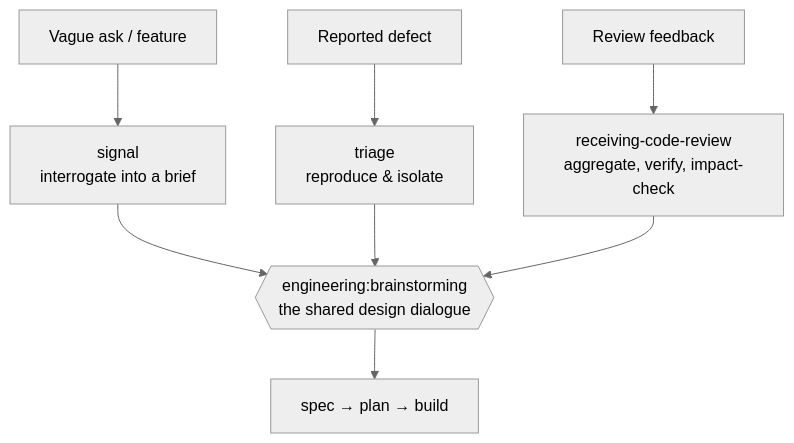
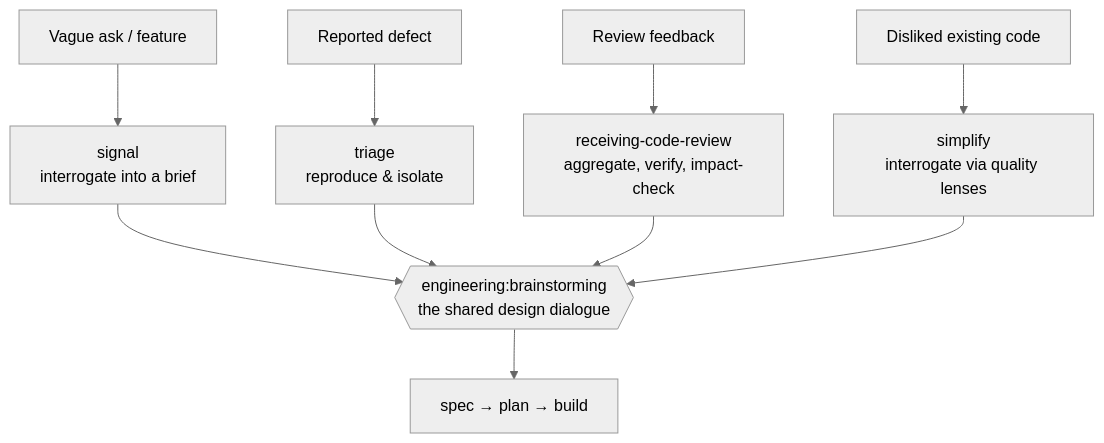
Before and after one commit to dashworthy/engineering: the diagram in docs/pipeline/entrances/README.md, drawn with Mermaid (neutral theme). The commit also changed other lines of this file and 1 other file, not shown here.

First line of the commit message:
docs(entrances): document the simplify refactor entrance (fourth door)

````diff
--- a/docs/pipeline/entrances/README.md
+++ b/docs/pipeline/entrances/README.md
@@ -56,10 +65,12 @@
 ```mermaid
 flowchart TD
     A[Vague ask / feature] --> S[signal<br/>interrogate into a brief]
     B[Reported defect] --> T[triage<br/>reproduce &amp; isolate]
     C[Review feedback] --> R[receiving-code-review<br/>aggregate, verify, impact-check]
+    E[Disliked existing code] --> U[simplify<br/>interrogate via quality lenses]
     S --> D{{engineering:brainstorming<br/>the shared design dialogue}}
     T --> D
     R --> D
+    U --> D
     D --> SP[spec &rarr; plan &rarr; build]
 ```
````
